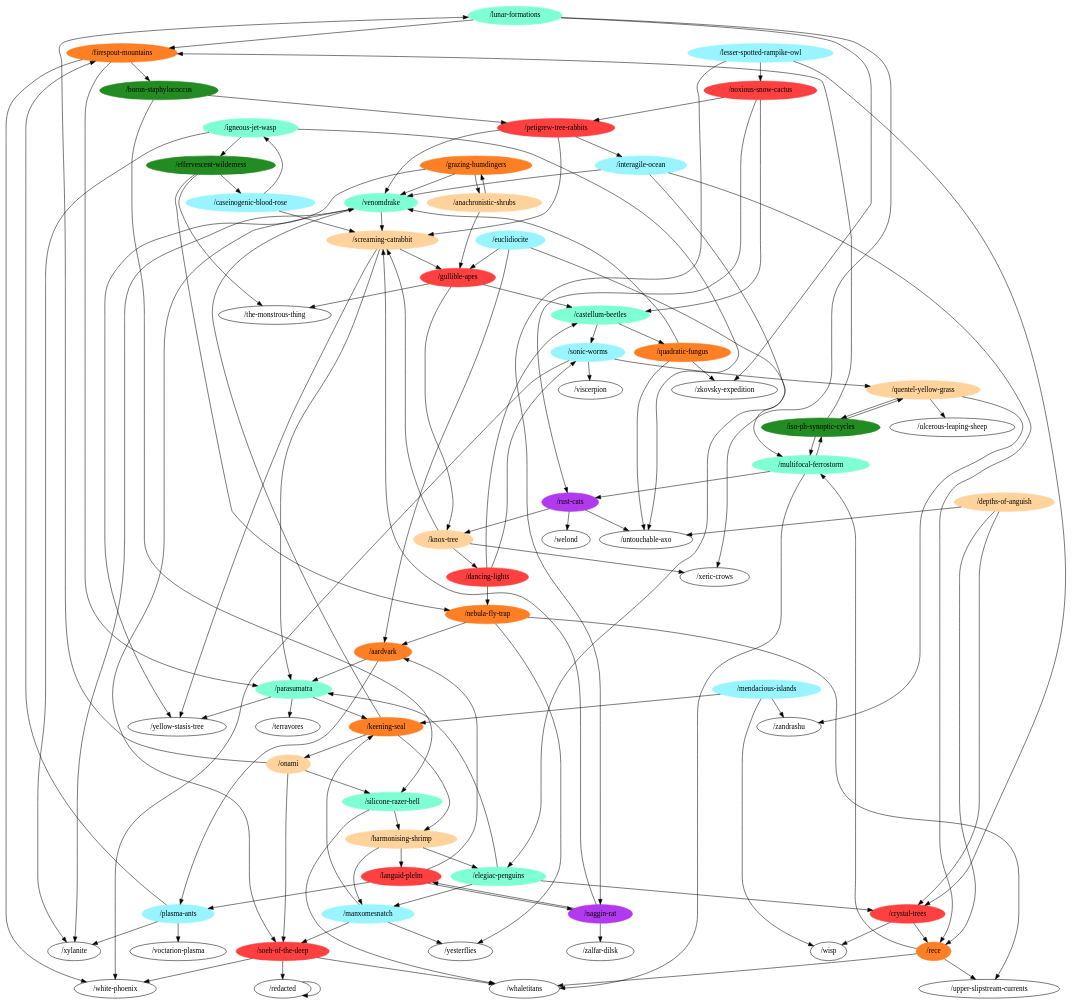
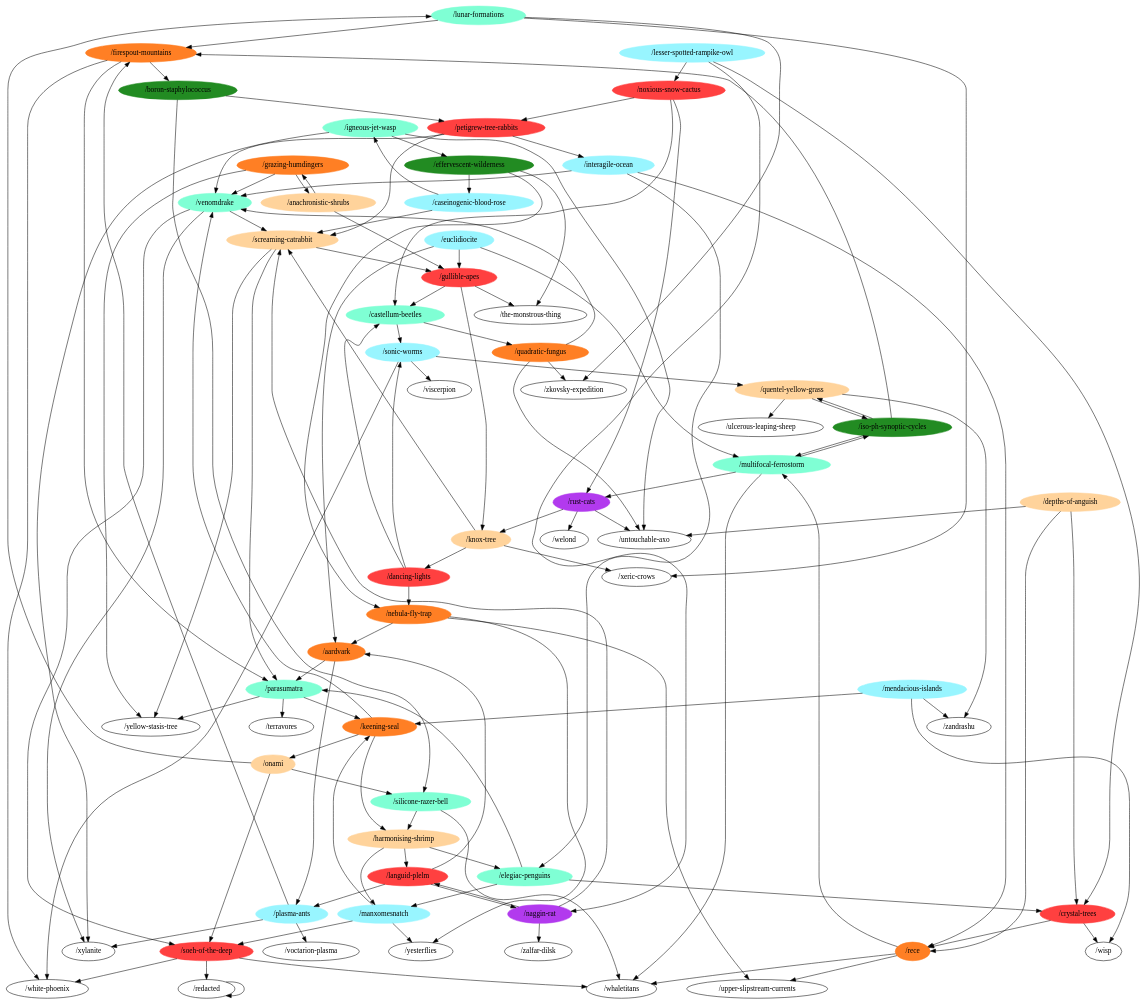
The diagram in general.dot (m-r-hunt/od117-walker), drawn with Graphviz before and after one commit. The commit also changed 3 other files, not shown here.

```diff
--- a/general.dot
+++ b/general.dot
@@ -1,166 +1,183 @@
 digraph G {
 "/lunar-formations" [color=aquamarine,style=filled];
 "/naggin-rat" [color=darkorchid2,style=filled];
 "/iso-ph-synoptic-cycles" [color=forestgreen,style=filled];
 "/multifocal-ferrostorm" [color=aquamarine,style=filled];
 "/effervescent-wilderness" [color=forestgreen,style=filled];
 "/harmonising-shrimp" [color=burlywood1,style=filled];
 "/soeh-of-the-deep" [color=brown1,style=filled];
 "/boron-staphylococcus" [color=forestgreen,style=filled];
+"/untouchable-axo";
 "/castellum-beetles" [color=aquamarine,style=filled];
+"/upper-slipstream-currents";
 "/firespout-mountains" [color=chocolate1,style=filled];
+"/xeric-crows";
+"/zalfar-dilsk";
 "/nebula-fly-trap" [color=chocolate1,style=filled];
 "/igneous-jet-wasp" [color=aquamarine,style=filled];
 "/lesser-spotted-rampike-owl" [color=cadetblue1,style=filled];
+"/wisp";
 "/venomdrake" [color=aquamarine,style=filled];
 "/petigrew-tree-rabbits" [color=brown1,style=filled];
+"/welond";
 "/quentel-yellow-grass" [color=burlywood1,style=filled];
 "/noxious-snow-cactus" [color=brown1,style=filled];
 "/grazing-humdingers" [color=chocolate1,style=filled];
+"/viscerpion";
 "/mendacious-islands" [color=cadetblue1,style=filled];
+"/zandrashu";
 "/dancing-lights" [color=brown1,style=filled];
+"/yesterflies";
 "/rece" [color=chocolate1,style=filled];
 "/languid-plelm" [color=brown1,style=filled];
 "/interagile-ocean" [color=cadetblue1,style=filled];
+"/ulcerous-leaping-sheep";
 "/quadratic-fungus" [color=chocolate1,style=filled];
 "/rust-cats" [color=darkorchid2,style=filled];
 "/euclidiocite" [color=cadetblue1,style=filled];
 "/sonic-worms" [color=cadetblue1,style=filled];
 "/crystal-trees" [color=brown1,style=filled];
+"/yellow-stasis-tree";
 "/silicone-razer-bell" [color=aquamarine,style=filled];
 "/depths-of-anguish" [color=burlywood1,style=filled];
+"/whaletitans";
 "/elegiac-penguins" [color=aquamarine,style=filled];
 "/the-monstrous-thing";
 "/onami" [color=burlywood1,style=filled];
 "/gullible-apes" [color=brown1,style=filled];
 "/knox-tree" [color=burlywood1,style=filled];
 "/parasumatra" [color=aquamarine,style=filled];
+"/white-phoenix";
 "/manxomesnatch" [color=cadetblue1,style=filled];
 "/redacted";
 "/plasma-ants" [color=cadetblue1,style=filled];
 "/anachronistic-shrubs" [color=burlywood1,style=filled];
 "/keening-seal" [color=chocolate1,style=filled];
 "/caseinogenic-blood-rose" [color=cadetblue1,style=filled];
+"/xylanite";
+"/voctarion-plasma";
+"/terravores";
+"/zkovsky-expedition";
 "/screaming-catrabbit" [color=burlywood1,style=filled];
 "/aardvark" [color=chocolate1,style=filled];
 "/lunar-formations" -> "/firespout-mountains";
 "/lunar-formations" -> "/xeric-crows";
 "/lunar-formations" -> "/zkovsky-expedition";
 "/naggin-rat" -> "/zalfar-dilsk";
 "/naggin-rat" -> "/languid-plelm";
 "/naggin-rat" -> "/screaming-catrabbit";
 "/iso-ph-synoptic-cycles" -> "/multifocal-ferrostorm";
 "/iso-ph-synoptic-cycles" -> "/firespout-mountains";
 "/iso-ph-synoptic-cycles" -> "/quentel-yellow-grass";
 "/multifocal-ferrostorm" -> "/iso-ph-synoptic-cycles";
 "/multifocal-ferrostorm" -> "/rust-cats";
 "/multifocal-ferrostorm" -> "/whaletitans";
 "/effervescent-wilderness" -> "/nebula-fly-trap";
 "/effervescent-wilderness" -> "/the-monstrous-thing";
 "/effervescent-wilderness" -> "/caseinogenic-blood-rose";
 "/harmonising-shrimp" -> "/languid-plelm";
 "/harmonising-shrimp" -> "/elegiac-penguins";
 "/harmonising-shrimp" -> "/manxomesnatch";
 "/soeh-of-the-deep" -> "/whaletitans";
 "/soeh-of-the-deep" -> "/white-phoenix";
 "/soeh-of-the-deep" -> "/redacted";
 "/boron-staphylococcus" -> "/petigrew-tree-rabbits";
 "/boron-staphylococcus" -> "/silicone-razer-bell";
 "/castellum-beetles" -> "/quadratic-fungus";
 "/castellum-beetles" -> "/sonic-worms";
 "/firespout-mountains" -> "/boron-staphylococcus";
 "/firespout-mountains" -> "/parasumatra";
 "/firespout-mountains" -> "/white-phoenix";
 "/nebula-fly-trap" -> "/upper-slipstream-currents";
 "/nebula-fly-trap" -> "/yesterflies";
 "/nebula-fly-trap" -> "/aardvark";
 "/igneous-jet-wasp" -> "/effervescent-wilderness";
 "/igneous-jet-wasp" -> "/untouchable-axo";
 "/igneous-jet-wasp" -> "/xylanite";
 "/lesser-spotted-rampike-owl" -> "/naggin-rat";
 "/lesser-spotted-rampike-owl" -> "/noxious-snow-cactus";
 "/lesser-spotted-rampike-owl" -> "/crystal-trees";
 "/venomdrake" -> "/soeh-of-the-deep";
 "/venomdrake" -> "/xylanite";
 "/venomdrake" -> "/screaming-catrabbit";
 "/petigrew-tree-rabbits" -> "/venomdrake";
 "/petigrew-tree-rabbits" -> "/interagile-ocean";
 "/petigrew-tree-rabbits" -> "/screaming-catrabbit";
 "/quentel-yellow-grass" -> "/iso-ph-synoptic-cycles";
 "/quentel-yellow-grass" -> "/zandrashu";
 "/quentel-yellow-grass" -> "/ulcerous-leaping-sheep";
 "/noxious-snow-cactus" -> "/castellum-beetles";
 "/noxious-snow-cactus" -> "/petigrew-tree-rabbits";
 "/noxious-snow-cactus" -> "/rust-cats";
 "/grazing-humdingers" -> "/venomdrake";
 "/grazing-humdingers" -> "/yellow-stasis-tree";
 "/grazing-humdingers" -> "/anachronistic-shrubs";
 "/mendacious-islands" -> "/wisp";
 "/mendacious-islands" -> "/zandrashu";
 "/mendacious-islands" -> "/keening-seal";
 "/dancing-lights" -> "/castellum-beetles";
 "/dancing-lights" -> "/nebula-fly-trap";
 "/dancing-lights" -> "/sonic-worms";
 "/rece" -> "/multifocal-ferrostorm";
 "/rece" -> "/upper-slipstream-currents";
 "/rece" -> "/whaletitans";
 "/languid-plelm" -> "/naggin-rat";
 "/languid-plelm" -> "/plasma-ants";
 "/languid-plelm" -> "/aardvark";
 "/interagile-ocean" -> "/venomdrake";
 "/interagile-ocean" -> "/rece";
 "/interagile-ocean" -> "/elegiac-penguins";
 "/quadratic-fungus" -> "/untouchable-axo";
 "/quadratic-fungus" -> "/venomdrake";
 "/quadratic-fungus" -> "/zkovsky-expedition";
 "/rust-cats" -> "/untouchable-axo";
 "/rust-cats" -> "/welond";
 "/rust-cats" -> "/knox-tree";
 "/euclidiocite" -> "/multifocal-ferrostorm";
 "/euclidiocite" -> "/gullible-apes";
 "/euclidiocite" -> "/aardvark";
 "/sonic-worms" -> "/quentel-yellow-grass";
 "/sonic-worms" -> "/viscerpion";
 "/sonic-worms" -> "/white-phoenix";
 "/crystal-trees" -> "/wisp";
 "/crystal-trees" -> "/rece";
 "/silicone-razer-bell" -> "/harmonising-shrimp";
 "/silicone-razer-bell" -> "/whaletitans";
 "/depths-of-anguish" -> "/untouchable-axo";
 "/depths-of-anguish" -> "/rece";
 "/depths-of-anguish" -> "/crystal-trees";
 "/elegiac-penguins" -> "/crystal-trees";
 "/elegiac-penguins" -> "/parasumatra";
 "/elegiac-penguins" -> "/manxomesnatch";
 "/onami" -> "/lunar-formations";
 "/onami" -> "/soeh-of-the-deep";
 "/onami" -> "/silicone-razer-bell";
 "/gullible-apes" -> "/castellum-beetles";
 "/gullible-apes" -> "/the-monstrous-thing";
 "/gullible-apes" -> "/knox-tree";
 "/knox-tree" -> "/xeric-crows";
 "/knox-tree" -> "/dancing-lights";
 "/knox-tree" -> "/screaming-catrabbit";
 "/parasumatra" -> "/yellow-stasis-tree";
 "/parasumatra" -> "/keening-seal";
 "/parasumatra" -> "/terravores";
 "/manxomesnatch" -> "/soeh-of-the-deep";
 "/manxomesnatch" -> "/yesterflies";
 "/manxomesnatch" -> "/keening-seal";
 "/redacted" -> "/redacted";
 "/plasma-ants" -> "/firespout-mountains";
 "/plasma-ants" -> "/xylanite";
 "/plasma-ants" -> "/voctarion-plasma";
 "/anachronistic-shrubs" -> "/grazing-humdingers";
 "/anachronistic-shrubs" -> "/gullible-apes";
 "/keening-seal" -> "/harmonising-shrimp";
 "/keening-seal" -> "/venomdrake";
 "/keening-seal" -> "/onami";
 "/caseinogenic-blood-rose" -> "/igneous-jet-wasp";
 "/caseinogenic-blood-rose" -> "/screaming-catrabbit";
 "/screaming-catrabbit" -> "/yellow-stasis-tree";
 "/screaming-catrabbit" -> "/gullible-apes";
 "/screaming-catrabbit" -> "/parasumatra";
 "/aardvark" -> "/parasumatra";
 "/aardvark" -> "/plasma-ants";
 }
```
